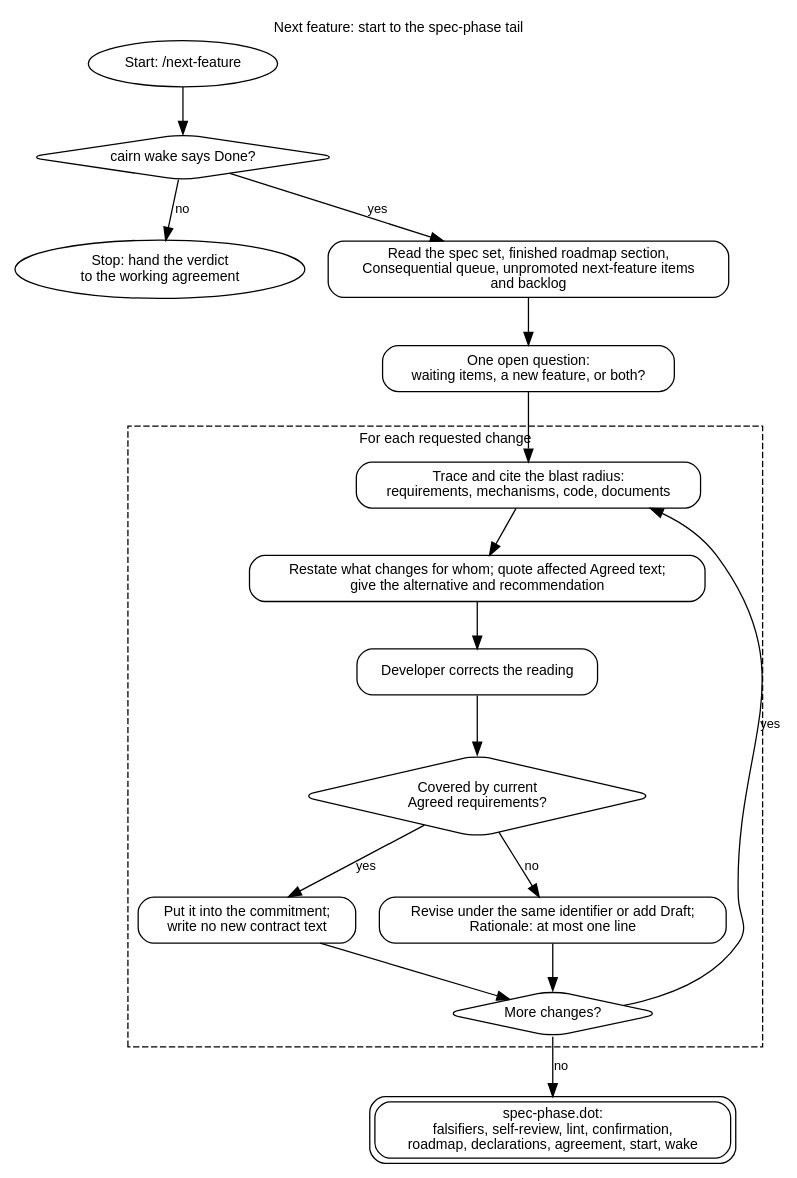
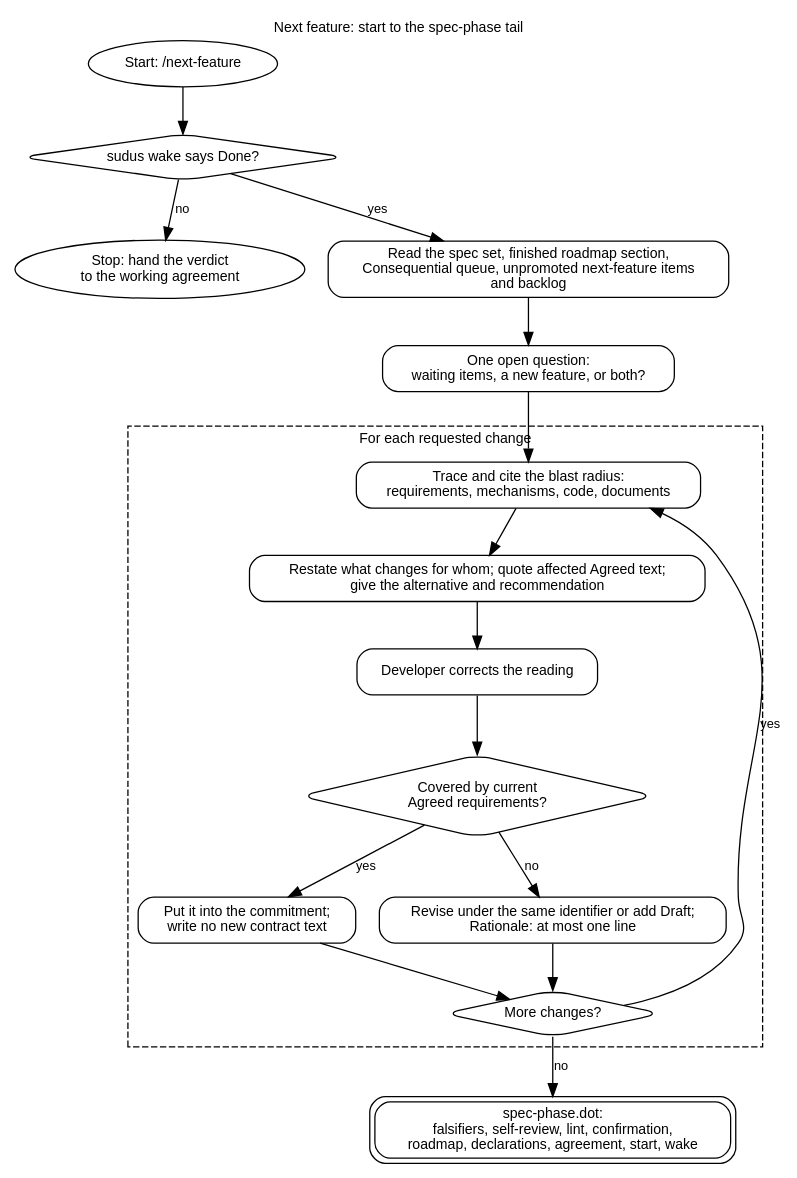
Before and after one commit to eas4ai/cairn: the diagram in docs/diagrams/next-feature.dot, drawn with Graphviz. The commit also changed 103 other files, not shown here.

First line of the commit message:
Rename Cairn to Sudus across the command, plugins, skills, spec, docs and tests

```diff
--- a/docs/diagrams/next-feature.dot
+++ b/docs/diagrams/next-feature.dot
@@ -1,36 +1,36 @@
 // Next feature: from Done to drafted or revised requirements, then the shared tail.
 digraph next_feature {
   rankdir=TB;
   graph [fontname="Helvetica", fontsize=11, labelloc=t, label="Next feature: start to the spec-phase tail"];
   node  [shape=box, style=rounded, fontname="Helvetica", fontsize=11];
   edge  [fontname="Helvetica", fontsize=10];
 
   start [shape=oval, label="Start: /next-feature"];
-  isdone [shape=diamond, label="cairn wake says Done?"];
+  isdone [shape=diamond, label="sudus wake says Done?"];
   notdone [shape=oval, label="Stop: hand the verdict\nto the working agreement"];
   read [label="Read the spec set, finished roadmap section,\nConsequential queue, unpromoted next-feature items\nand backlog"];
   ask [label="One open question:\nwaiting items, a new feature, or both?"];
 
   subgraph cluster_change {
     label="For each requested change"; style=dashed; fontname="Helvetica"; fontsize=11;
     radius [label="Trace and cite the blast radius:\nrequirements, mechanisms, code, documents"];
     restate [label="Restate what changes for whom; quote affected Agreed text;\ngive the alternative and recommendation"];
     corrects [label="Developer corrects the reading"];
     fits [shape=diamond, label="Covered by current\nAgreed requirements?"];
     covered [label="Put it into the commitment;\nwrite no new contract text"];
     revise [label="Revise under the same identifier or add Draft;\nRationale: at most one line"];
     next [shape=diamond, label="More changes?"];
   }
 
   tail [shape=box, peripheries=2, label="spec-phase.dot:\nfalsifiers, self-review, lint, confirmation,\nroadmap, declarations, agreement, start, wake"];
 
   start -> isdone;
   isdone -> notdone [label="no"];
   isdone -> read [label="yes"];
   read -> ask -> radius -> restate -> corrects -> fits;
   fits -> covered [label="yes"];
   fits -> revise [label="no"];
   covered -> next; revise -> next;
   next -> radius [label="yes"];
   next -> tail [label="no"];
 }
```
